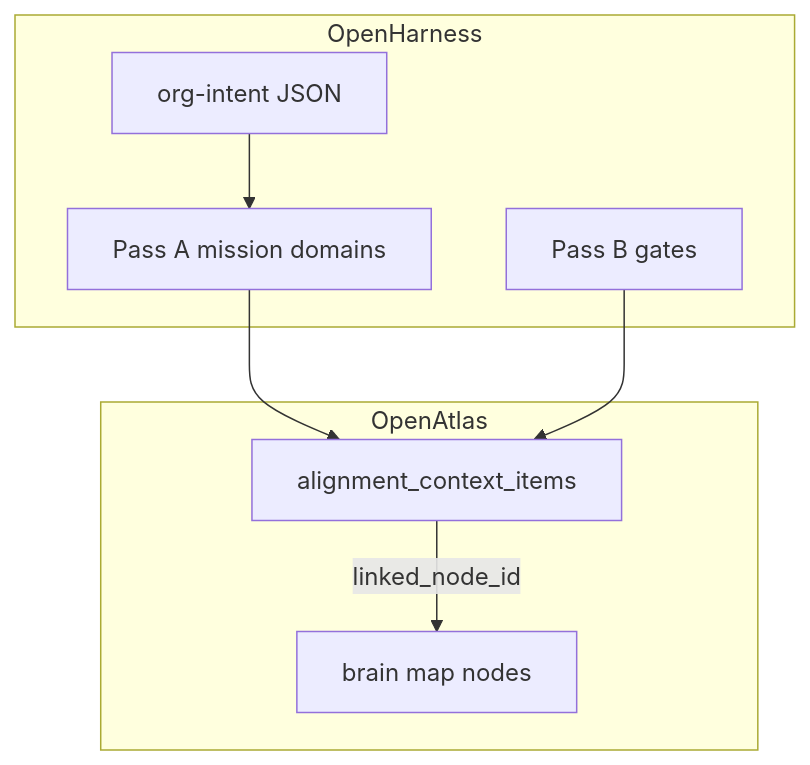
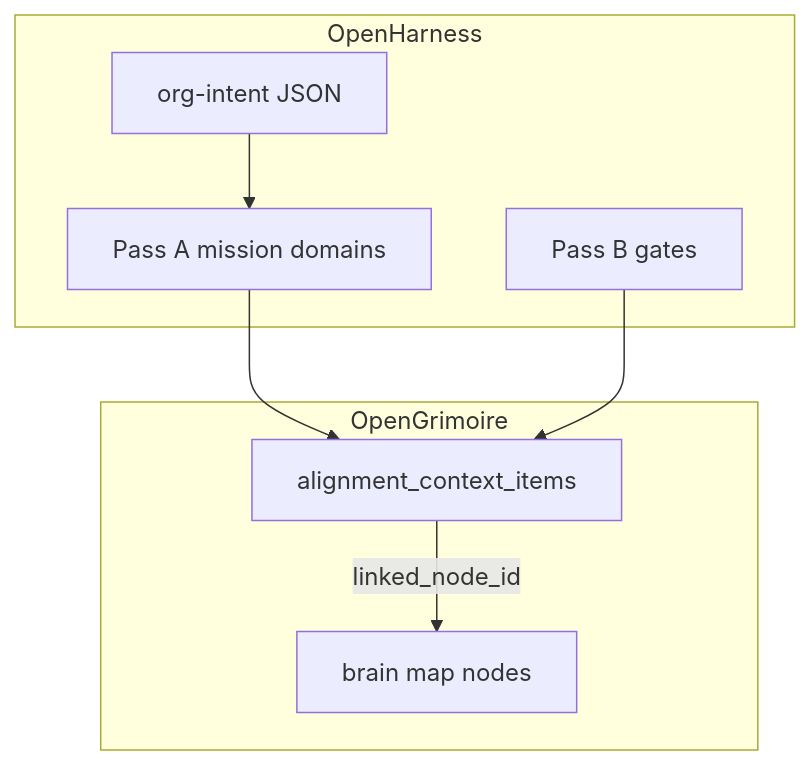
One commit to ManintheCrowds/media-ops-platform changed the diagram in .cursor/plans/pass_c_ai_labor_context_a47b02f1.plan.md. Above: the diagram before and after it, drawn with Mermaid. The commit also changed other lines of this file and 40 other files, not shown here.

First line of the commit message:
Update plans and documentation to reflect OpenGrimoire transition

````diff
--- a/.cursor/plans/pass_c_ai_labor_context_a47b02f1.plan.md
+++ b/.cursor/plans/pass_c_ai_labor_context_a47b02f1.plan.md
@@ -23,16 +23,16 @@
 ```mermaid
 flowchart TB
   subgraph harness [OpenHarness]
     OI[org-intent JSON]
     PassA[Pass A mission domains]
     PassB[Pass B gates]
   end
-  subgraph atlas [OpenAtlas]
+  subgraph atlas [OpenGrimoire]
     ACI[alignment_context_items]
     BM[brain map nodes]
   end
   OI --> PassA
   PassA --> ACI
   PassB --> ACI
   ACI -->|"linked_node_id"| BM
 ```
````
